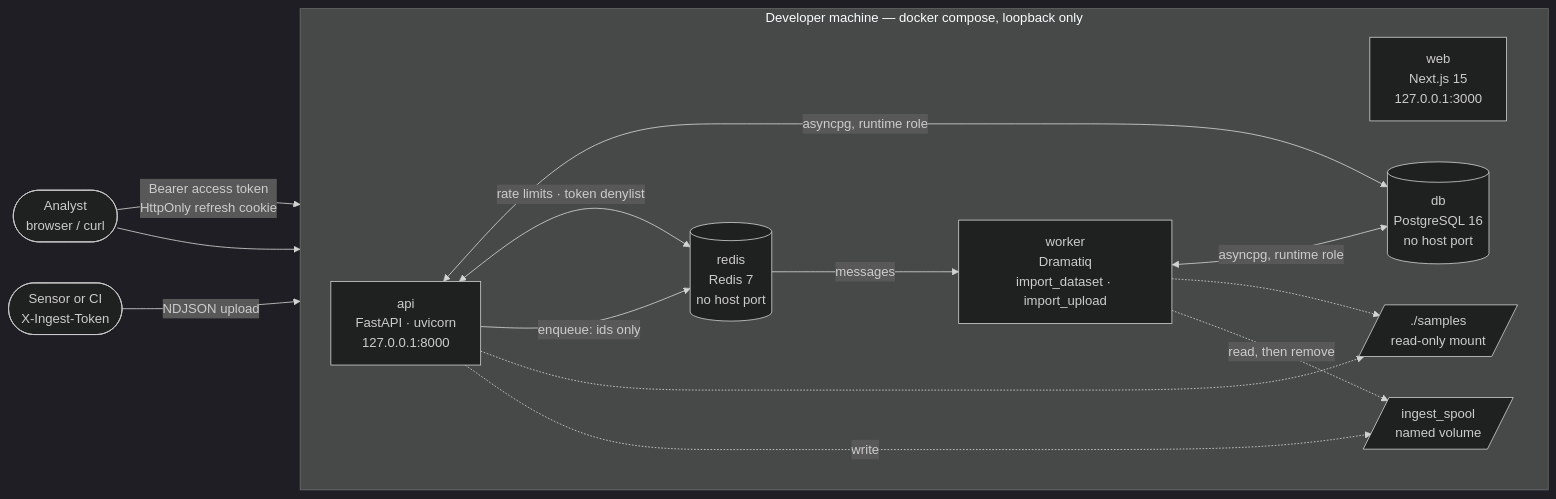
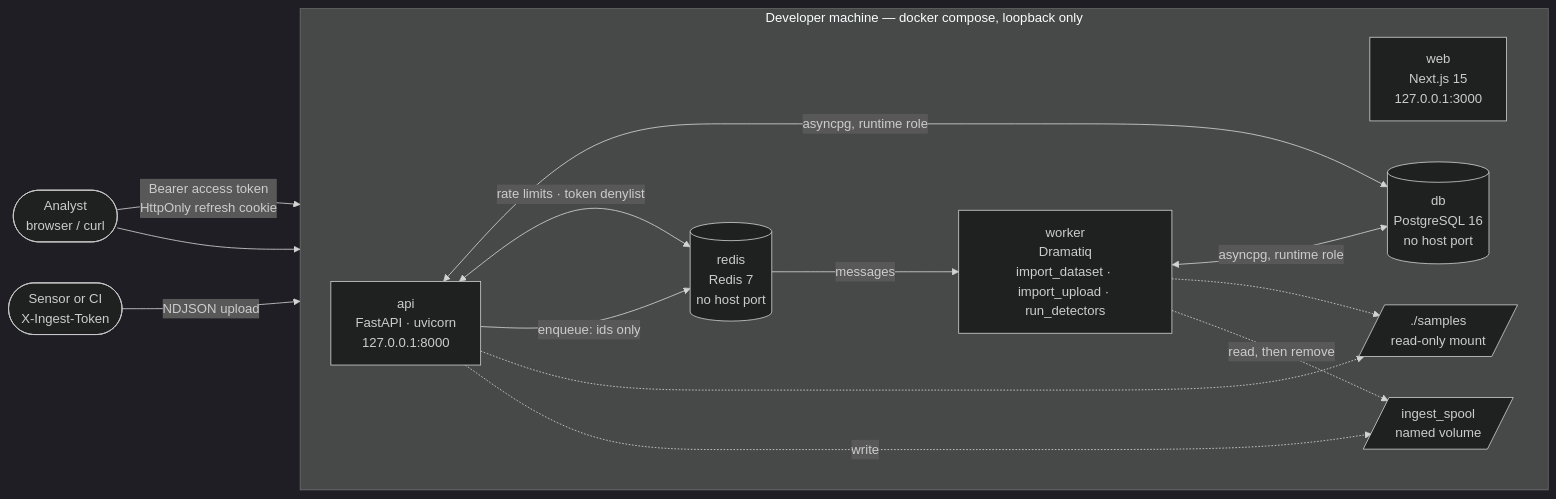
Before and after one commit to pchrysostomou/aegisnet: the first of 4 diagrams in README.md, drawn with Mermaid (dark theme). The commit also changed other lines of this file and 41 other files, not shown here.

First line of the commit message:
Chunk 9 (M2): detection schema, alert storage, the sweep with per-rule isolation, and the alerts API (ADR-018)

````diff
--- a/README.md
+++ b/README.md
@@ -91,27 +92,27 @@
 ```mermaid
 flowchart LR
     analyst(["Analyst<br/>browser / curl"])
     sensor(["Sensor or CI<br/>X-Ingest-Token"])
     subgraph host["Developer machine — docker compose, loopback only"]
         direction LR
         web["web<br/>Next.js 15<br/>127.0.0.1:3000"]
         api["api<br/>FastAPI · uvicorn<br/>127.0.0.1:8000"]
-        worker["worker<br/>Dramatiq<br/>import_dataset · import_upload"]
+        worker["worker<br/>Dramatiq<br/>import_dataset · import_upload · run_detectors"]
         db[("db<br/>PostgreSQL 16<br/>no host port")]
         redis[("redis<br/>Redis 7<br/>no host port")]
         samples[/"./samples<br/>read-only mount"/]
         spool[/"ingest_spool<br/>named volume"/]
     end
     analyst -->|"Bearer access token<br/>HttpOnly refresh cookie"| api
     analyst --> web
     sensor -->|"NDJSON upload"| api
     api <-->|"asyncpg, runtime role"| db
     api <-->|"rate limits · token denylist"| redis
     api -->|"enqueue: ids only"| redis
     redis -->|"messages"| worker
     worker <-->|"asyncpg, runtime role"| db
     api -.-> samples
     worker -.-> samples
     api -.->|"write"| spool
     worker -.->|"read, then remove"| spool
 ```
````
